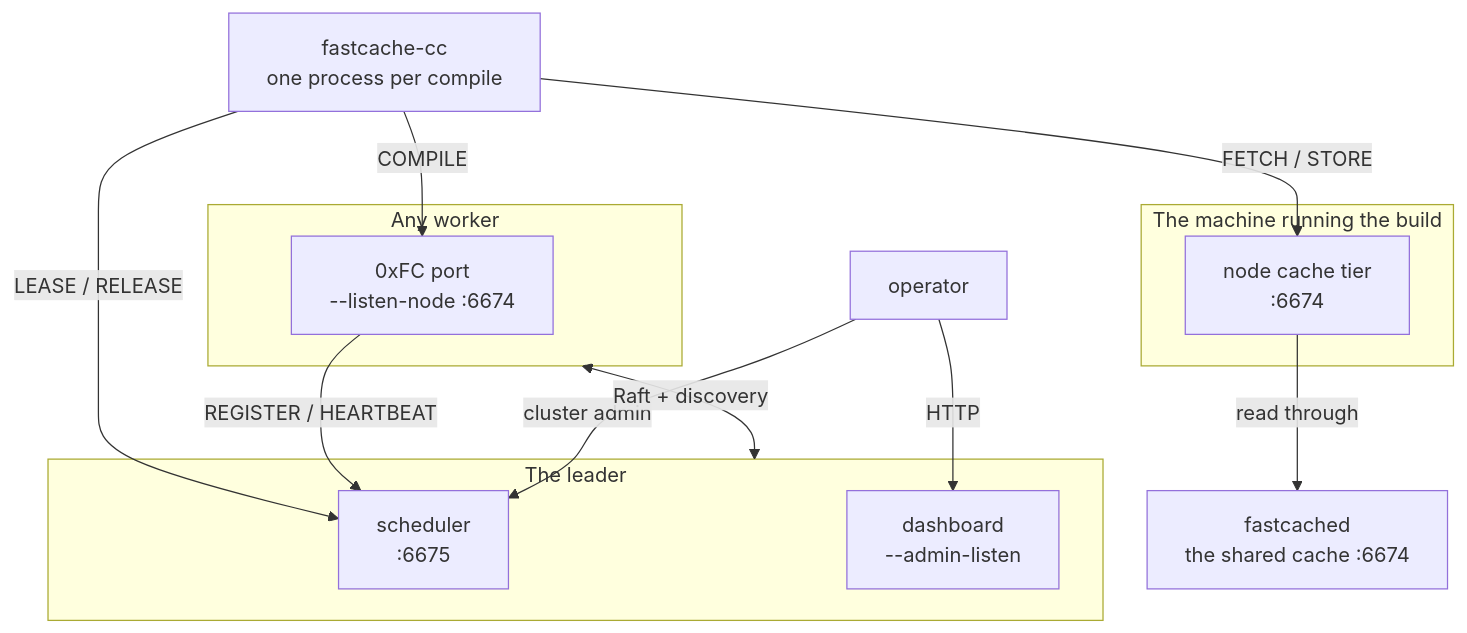
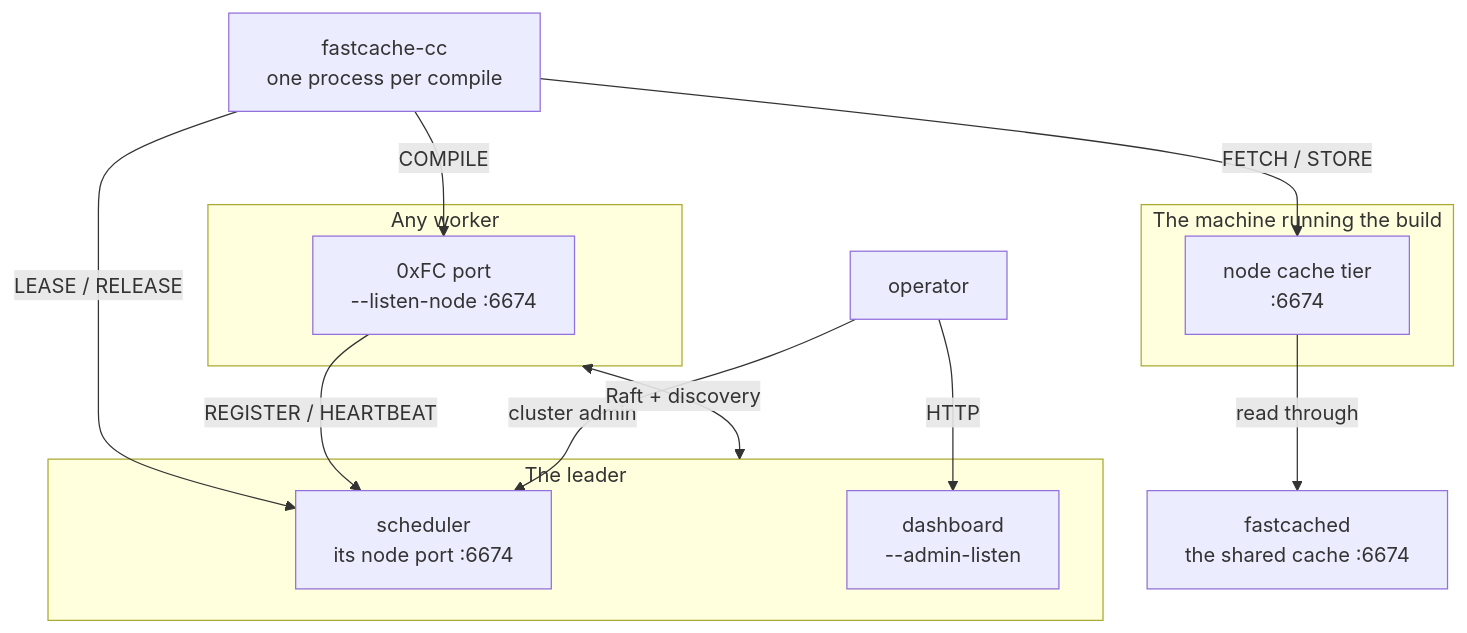
One commit to LASTRADA-Software/fastcached changed the first of 2 diagrams in docs/operations/cluster-communication.md. Above: the diagram before and after it, drawn with Mermaid. The commit also changed other lines of this file and 13 other files, not shown here.

````diff
--- a/docs/operations/cluster-communication.md
+++ b/docs/operations/cluster-communication.md
@@ -43,29 +43,29 @@
 ```mermaid
 flowchart TB
     cc["fastcache-cc<br/>one process per compile"]
 
     subgraph here["The machine running the build"]
         tier["node cache tier<br/>:6674"]
     end
 
     subgraph lead["The leader"]
-        sched["scheduler<br/>:6675"]
+        sched["scheduler<br/>its node port :6674"]
         admin["dashboard<br/>--admin-listen"]
     end
 
     subgraph work["Any worker"]
         comp["0xFC port<br/>--listen-node :6674"]
     end
 
     shared["fastcached<br/>the shared cache :6674"]
     op["operator"]
 
     cc -->|"FETCH / STORE"| tier
     cc -->|"LEASE / RELEASE"| sched
     cc -->|"COMPILE"| comp
     tier -->|"read through"| shared
     comp -->|"REGISTER / HEARTBEAT"| sched
     work <-->|"Raft + discovery"| lead
     op -->|"cluster admin"| sched
     op -->|"HTTP"| admin
 ```
````
